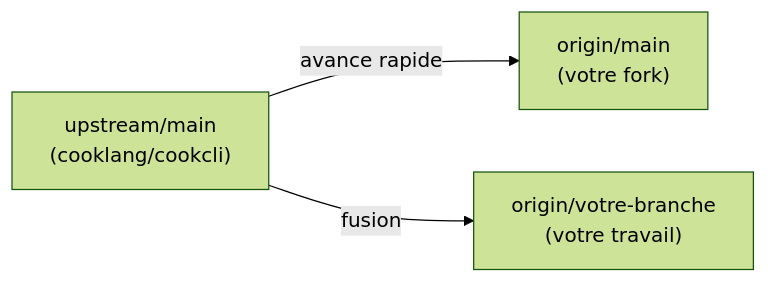
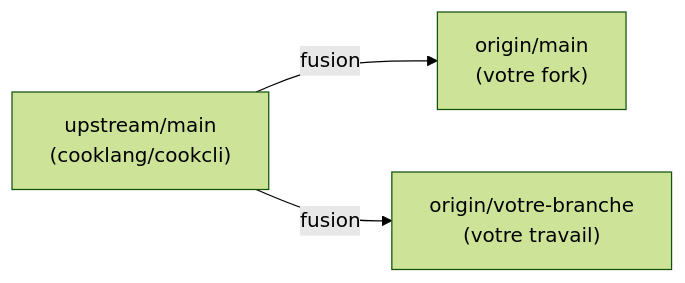
Before and after one commit to DarkPsionix/cookcli: the diagram in docs/synchronisation-fork.md, drawn with Mermaid (forest theme). The commit also changed other lines of this file and 1 other file, not shown here.

First line of the commit message:
docs: main carries the fork rules; update by merge instead of fast-forward

````diff
--- a/docs/synchronisation-fork.md
+++ b/docs/synchronisation-fork.md
@@ -11,5 +11,5 @@
 ```mermaid
 flowchart LR
-    U["upstream/main<br/>(cooklang/cookcli)"] -- "avance rapide" --> M["origin/main<br/>(votre fork)"]
+    U["upstream/main<br/>(cooklang/cookcli)"] -- "fusion" --> M["origin/main<br/>(votre fork)"]
     U -- "fusion" --> B["origin/votre-branche<br/>(votre travail)"]
 ```
````
